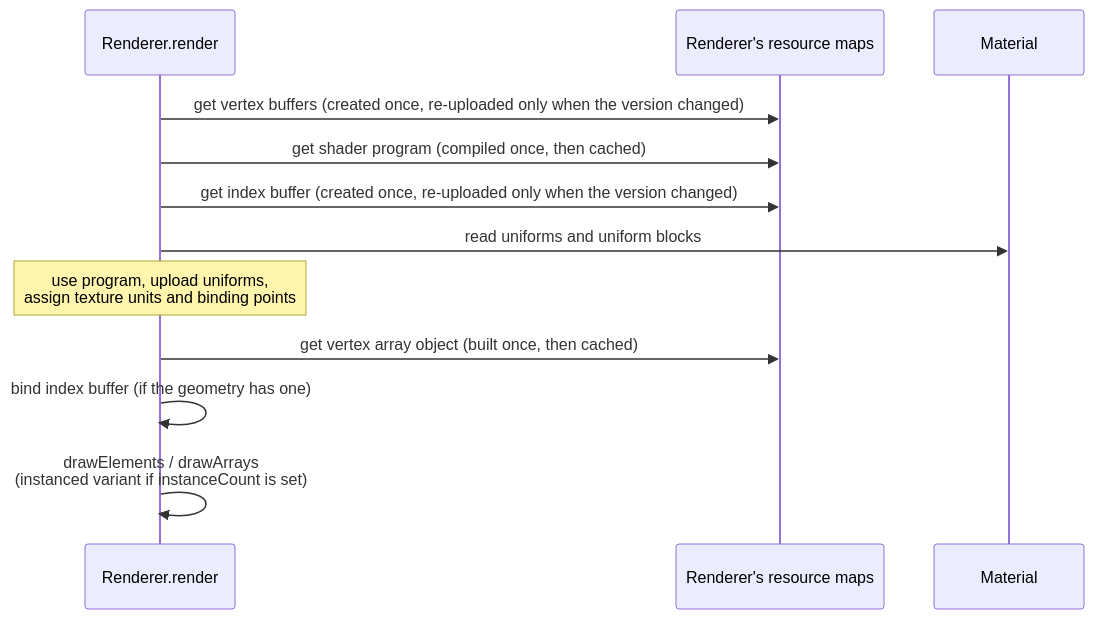
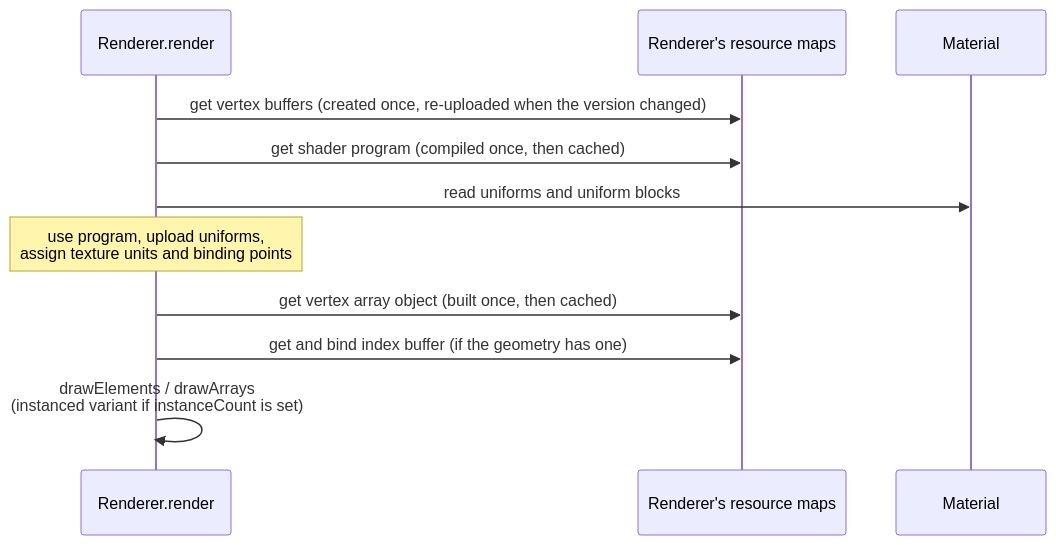
The third of 3 diagrams in ARCHITECTURE.md (luis-herasme/graphics-library), drawn with Mermaid before and after one commit. The commit also changed 2 other files, not shown here.

Commit message:
Simplify the renderer's resource handling
render only touches what it needs: the vertex buffer loop re-uploads
edited bytes, applyUniforms fetches its own shader program, and the
index buffer is fetched where it is bound. The vertex array object
get-or-create pair collapses into one method that creates vertex
buffers while the vertex array object is bound, which is safe because
only attribute pointers and the index buffer binding are recorded in
it.

Claude-Session: https://claude.ai/code/session_01PdrbEcwxwSHBkgoTjn5vwR

````diff
--- a/ARCHITECTURE.md
+++ b/ARCHITECTURE.md
@@ -88,15 +88,14 @@
 ```mermaid
 sequenceDiagram
   participant R as Renderer.render
   participant Maps as Renderer's resource maps
   participant Mat as Material
 
-  R->>Maps: get vertex buffers (created once, re-uploaded only when the version changed)
+  R->>Maps: get vertex buffers (created once, re-uploaded when the version changed)
   R->>Maps: get shader program (compiled once, then cached)
-  R->>Maps: get index buffer (created once, re-uploaded only when the version changed)
   R->>Mat: read uniforms and uniform blocks
   Note over R: use program, upload uniforms,<br/>assign texture units and binding points
   R->>Maps: get vertex array object (built once, then cached)
-  R->>R: bind index buffer (if the geometry has one)
+  R->>Maps: get and bind index buffer (if the geometry has one)
   R->>R: drawElements / drawArrays<br/>(instanced variant if instanceCount is set)
 ```
````
